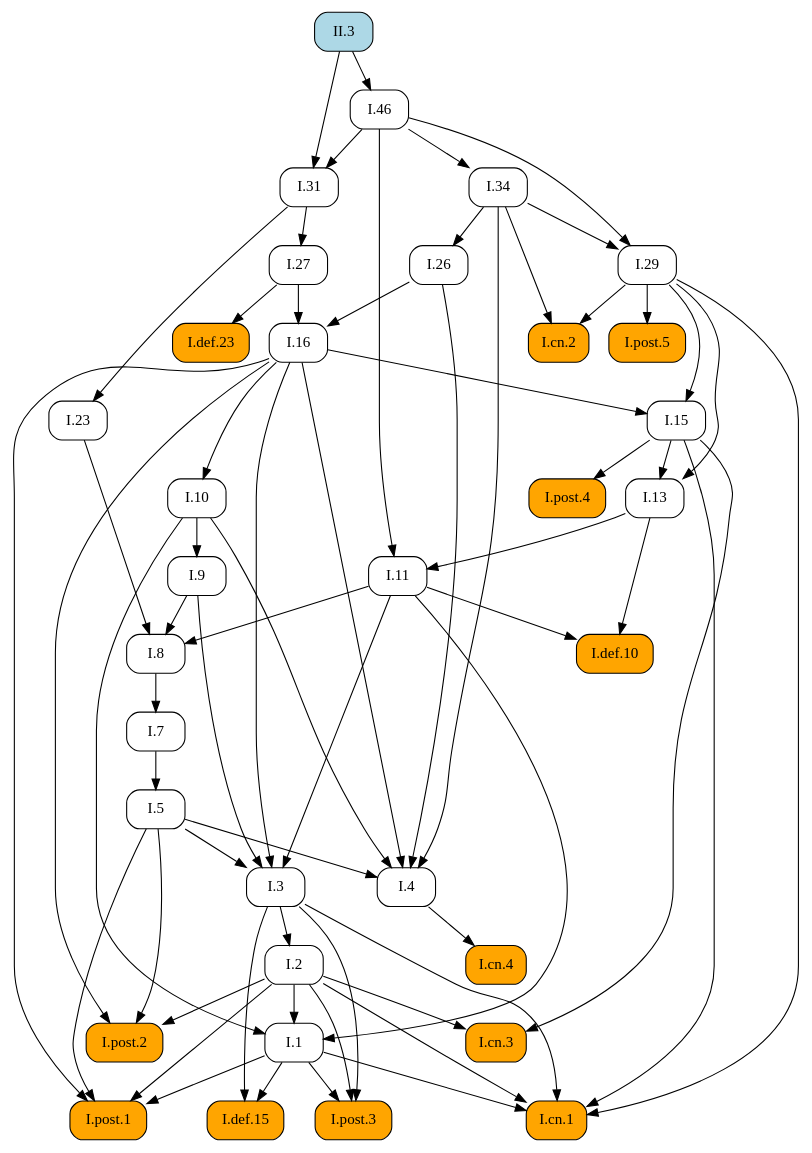
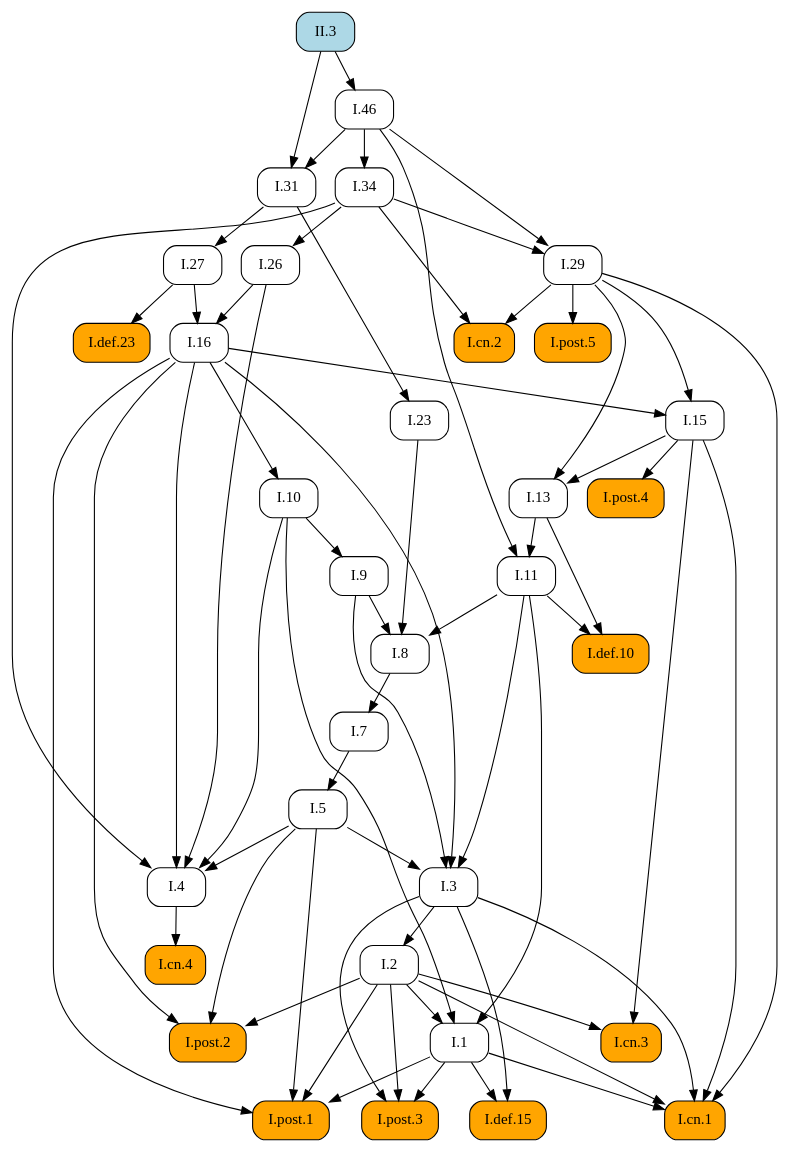
Before and after one commit to geometor/elements: the diagram in docsrc/heath/II/3/index.rst, drawn with Graphviz. The commit also changed other lines of this file and 1029 other files, not shown here.

```diff
--- a/docsrc/heath/II/3/index.rst
+++ b/docsrc/heath/II/3/index.rst
@@ -45,101 +45,101 @@
    digraph {
      rankdir="TB";
      node [shape=box, style=rounded];
+     "I.def.10" [style="rounded,filled", fillcolor=orange, URL="/heath/I/def.10/", target="_top"];
+     "I.11" [URL="/heath/I/11/", target="_top"];
+     "I.post.4" [style="rounded,filled", fillcolor=orange, URL="/heath/I/post.4/", target="_top"];
+     "I.1" [URL="/heath/I/1/", target="_top"];
+     "I.26" [URL="/heath/I/26/", target="_top"];
+     "I.29" [URL="/heath/I/29/", target="_top"];
+     "I.cn.2" [style="rounded,filled", fillcolor=orange, URL="/heath/I/cn.2/", target="_top"];
+     "I.def.15" [style="rounded,filled", fillcolor=orange, URL="/heath/I/def.15/", target="_top"];
+     "I.post.3" [style="rounded,filled", fillcolor=orange, URL="/heath/I/post.3/", target="_top"];
+     "I.cn.1" [style="rounded,filled", fillcolor=orange, URL="/heath/I/cn.1/", target="_top"];
      "I.cn.3" [style="rounded,filled", fillcolor=orange, URL="/heath/I/cn.3/", target="_top"];
-     "I.29" [URL="/heath/I/29/", target="_top"];
+     "I.23" [URL="/heath/I/23/", target="_top"];
+     "I.post.1" [style="rounded,filled", fillcolor=orange, URL="/heath/I/post.1/", target="_top"];
+     "I.27" [URL="/heath/I/27/", target="_top"];
+     "I.46" [URL="/heath/I/46/", target="_top"];
      "I.7" [URL="/heath/I/7/", target="_top"];
-     "I.27" [URL="/heath/I/27/", target="_top"];
+     "I.34" [URL="/heath/I/34/", target="_top"];
+     "I.3" [URL="/heath/I/3/", target="_top"];
+     "II.3" [style="rounded,filled", fillcolor=lightblue, URL="/heath/II/3/", target="_top"];
+     "I.2" [URL="/heath/I/2/", target="_top"];
      "I.def.23" [style="rounded,filled", fillcolor=orange, URL="/heath/I/def.23/", target="_top"];
-     "I.34" [URL="/heath/I/34/", target="_top"];
+     "I.4" [URL="/heath/I/4/", target="_top"];
+     "I.13" [URL="/heath/I/13/", target="_top"];
+     "I.31" [URL="/heath/I/31/", target="_top"];
+     "I.post.2" [style="rounded,filled", fillcolor=orange, URL="/heath/I/post.2/", target="_top"];
+     "I.16" [URL="/heath/I/16/", target="_top"];
+     "I.9" [URL="/heath/I/9/", target="_top"];
      "I.8" [URL="/heath/I/8/", target="_top"];
-     "I.9" [URL="/heath/I/9/", target="_top"];
-     "I.post.4" [style="rounded,filled", fillcolor=orange, URL="/heath/I/post.4/", target="_top"];
-     "I.2" [URL="/heath/I/2/", target="_top"];
-     "I.def.15" [style="rounded,filled", fillcolor=orange, URL="/heath/I/def.15/", target="_top"];
-     "I.1" [URL="/heath/I/1/", target="_top"];
-     "I.post.1" [style="rounded,filled", fillcolor=orange, URL="/heath/I/post.1/", target="_top"];
      "I.cn.4" [style="rounded,filled", fillcolor=orange, URL="/heath/I/cn.4/", target="_top"];
-     "I.26" [URL="/heath/I/26/", target="_top"];
-     "I.23" [URL="/heath/I/23/", target="_top"];
-     "I.13" [URL="/heath/I/13/", target="_top"];
-     "I.cn.2" [style="rounded,filled", fillcolor=orange, URL="/heath/I/cn.2/", target="_top"];
+     "I.15" [URL="/heath/I/15/", target="_top"];
+     "I.post.5" [style="rounded,filled", fillcolor=orange, URL="/heath/I/post.5/", target="_top"];
+     "I.10" [URL="/heath/I/10/", target="_top"];
      "I.5" [URL="/heath/I/5/", target="_top"];
-     "I.11" [URL="/heath/I/11/", target="_top"];
-     "I.10" [URL="/heath/I/10/", target="_top"];
-     "I.4" [URL="/heath/I/4/", target="_top"];
-     "I.3" [URL="/heath/I/3/", target="_top"];
-     "I.16" [URL="/heath/I/16/", target="_top"];
-     "I.31" [URL="/heath/I/31/", target="_top"];
-     "I.def.10" [style="rounded,filled", fillcolor=orange, URL="/heath/I/def.10/", target="_top"];
-     "I.46" [URL="/heath/I/46/", target="_top"];
-     "I.post.2" [style="rounded,filled", fillcolor=orange, URL="/heath/I/post.2/", target="_top"];
-     "I.post.3" [style="rounded,filled", fillcolor=orange, URL="/heath/I/post.3/", target="_top"];
-     "I.post.5" [style="rounded,filled", fillcolor=orange, URL="/heath/I/post.5/", target="_top"];
-     "II.3" [style="rounded,filled", fillcolor=lightblue, URL="/heath/II/3/", target="_top"];
-     "I.15" [URL="/heath/I/15/", target="_top"];
-     "I.cn.1" [style="rounded,filled", fillcolor=orange, URL="/heath/I/cn.1/", target="_top"];
-     "I.2" -> "I.cn.3";
-     "I.15" -> "I.cn.3";
-     "I.34" -> "I.29";
-     "I.46" -> "I.29";
-     "I.8" -> "I.7";
-     "I.31" -> "I.27";
-     "I.27" -> "I.def.23";
-     "I.46" -> "I.34";
-     "I.9" -> "I.8";
-     "I.11" -> "I.8";
-     "I.23" -> "I.8";
-     "I.10" -> "I.9";
+     "I.11" -> "I.def.10";
+     "I.13" -> "I.def.10";
+     "I.13" -> "I.11";
+     "I.46" -> "I.11";
      "I.15" -> "I.post.4";
-     "I.3" -> "I.2";
-     "I.1" -> "I.def.15";
-     "I.3" -> "I.def.15";
      "I.2" -> "I.1";
      "I.10" -> "I.1";
      "I.11" -> "I.1";
+     "I.34" -> "I.26";
+     "I.34" -> "I.29";
+     "I.46" -> "I.29";
+     "I.29" -> "I.cn.2";
+     "I.34" -> "I.cn.2";
+     "I.1" -> "I.def.15";
+     "I.3" -> "I.def.15";
+     "I.1" -> "I.post.3";
+     "I.2" -> "I.post.3";
+     "I.3" -> "I.post.3";
+     "I.1" -> "I.cn.1";
+     "I.2" -> "I.cn.1";
+     "I.3" -> "I.cn.1";
+     "I.15" -> "I.cn.1";
+     "I.29" -> "I.cn.1";
+     "I.2" -> "I.cn.3";
+     "I.15" -> "I.cn.3";
+     "I.31" -> "I.23";
      "I.1" -> "I.post.1";
      "I.2" -> "I.post.1";
      "I.5" -> "I.post.1";
      "I.16" -> "I.post.1";
-     "I.4" -> "I.cn.4";
-     "I.34" -> "I.26";
-     "I.31" -> "I.23";
-     "I.15" -> "I.13";
-     "I.29" -> "I.13";
-     "I.29" -> "I.cn.2";
-     "I.34" -> "I.cn.2";
-     "I.7" -> "I.5";
-     "I.13" -> "I.11";
-     "I.46" -> "I.11";
-     "I.16" -> "I.10";
+     "I.31" -> "I.27";
+     "II.3" -> "I.46";
+     "I.8" -> "I.7";
+     "I.46" -> "I.34";
+     "I.5" -> "I.3";
+     "I.9" -> "I.3";
+     "I.11" -> "I.3";
+     "I.16" -> "I.3";
+     "I.3" -> "I.2";
+     "I.27" -> "I.def.23";
      "I.5" -> "I.4";
      "I.10" -> "I.4";
      "I.16" -> "I.4";
      "I.26" -> "I.4";
      "I.34" -> "I.4";
-     "I.5" -> "I.3";
-     "I.9" -> "I.3";
-     "I.11" -> "I.3";
-     "I.16" -> "I.3";
-     "I.26" -> "I.16";
-     "I.27" -> "I.16";
+     "I.15" -> "I.13";
+     "I.29" -> "I.13";
      "I.46" -> "I.31";
      "II.3" -> "I.31";
-     "I.11" -> "I.def.10";
-     "I.13" -> "I.def.10";
-     "II.3" -> "I.46";
      "I.2" -> "I.post.2";
      "I.5" -> "I.post.2";
      "I.16" -> "I.post.2";
-     "I.1" -> "I.post.3";
-     "I.2" -> "I.post.3";
-     "I.3" -> "I.post.3";
-     "I.29" -> "I.post.5";
+     "I.26" -> "I.16";
+     "I.27" -> "I.16";
+     "I.10" -> "I.9";
+     "I.9" -> "I.8";
+     "I.11" -> "I.8";
+     "I.23" -> "I.8";
+     "I.4" -> "I.cn.4";
      "I.16" -> "I.15";
      "I.29" -> "I.15";
-     "I.1" -> "I.cn.1";
-     "I.2" -> "I.cn.1";
-     "I.3" -> "I.cn.1";
-     "I.15" -> "I.cn.1";
-     "I.29" -> "I.cn.1";
+     "I.29" -> "I.post.5";
+     "I.16" -> "I.10";
+     "I.7" -> "I.5";
    }
```
